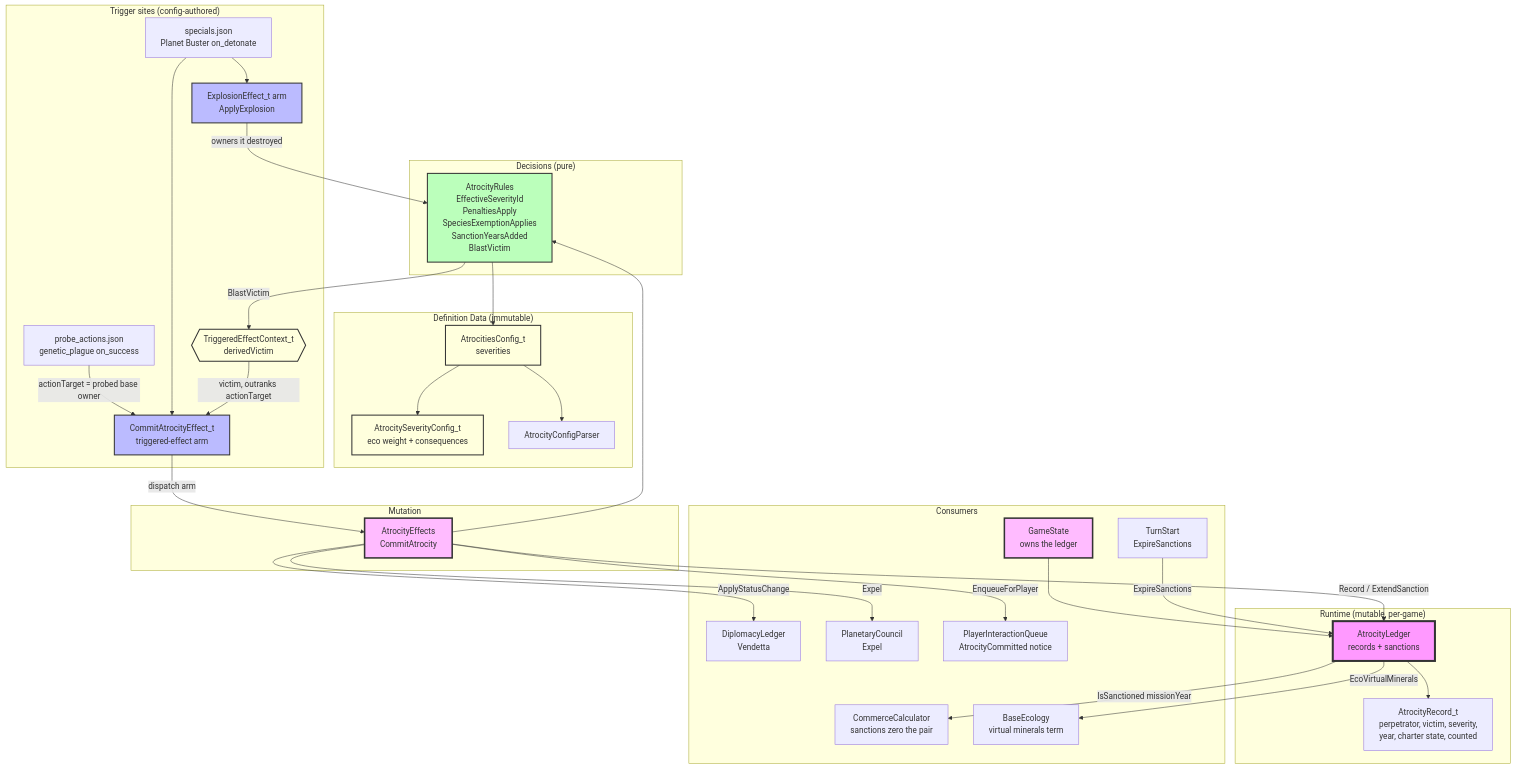
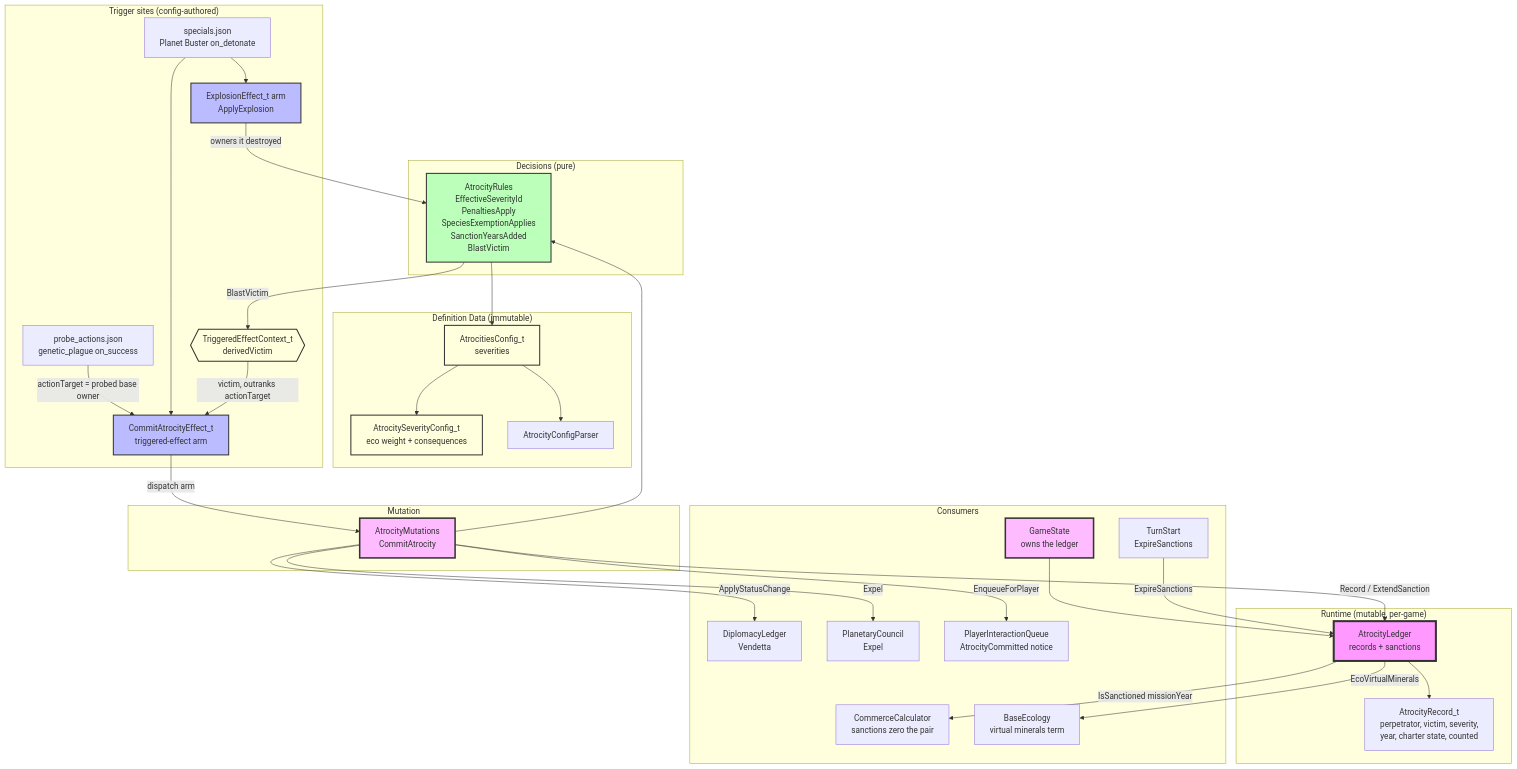
One commit to kilianloftis/alpha-centauri changed the diagram in docs/architecture/atrocity-system.md. Above: the diagram before and after it, drawn with Mermaid. The commit also changed other lines of this file and 123 other files, not shown here.

````diff
--- a/docs/architecture/atrocity-system.md
+++ b/docs/architecture/atrocity-system.md
@@ -3,74 +3,74 @@
 ```mermaid
 graph TB
     subgraph "Runtime (mutable, per-game)"
         AtrocityLedger[AtrocityLedger<br/>records + sanctions]
         AtrocityRecord[AtrocityRecord_t<br/>perpetrator, victim, severity,<br/>year, charter state, counted]
     end
 
     subgraph "Decisions (pure)"
         AtrocityRules[AtrocityRules<br/>EffectiveSeverityId<br/>PenaltiesApply<br/>SpeciesExemptionApplies<br/>SanctionYearsAdded<br/>BlastVictim]
     end
 
     subgraph "Mutation"
-        AtrocityEffects[AtrocityEffects<br/>CommitAtrocity]
+        AtrocityMutations[AtrocityMutations<br/>CommitAtrocity]
     end
 
     subgraph "Definition Data (immutable)"
         AtrocitiesConfig[AtrocitiesConfig_t<br/>severities]
         SeverityConfig[AtrocitySeverityConfig_t<br/>eco weight + consequences]
         AtrocityParser[AtrocityConfigParser]
     end
 
     subgraph "Trigger sites (config-authored)"
         CommitArm[CommitAtrocityEffect_t<br/>triggered-effect arm]
         ProbeActions[probe_actions.json<br/>genetic_plague on_success]
         Warheads[specials.json<br/>Planet Buster on_detonate]
         ExplosionArm[ExplosionEffect_t arm<br/>ApplyExplosion]
         DerivedVictim{{"TriggeredEffectContext_t<br/>derivedVictim"}}
     end
 
     subgraph "Consumers"
         GameState[GameState<br/>owns the ledger]
         DiplomacyLedger[DiplomacyLedger<br/>Vendetta]
         PlanetaryCouncil[PlanetaryCouncil<br/>Expel]
         CommerceCalculator[CommerceCalculator<br/>sanctions zero the pair]
         EcoDamage[BaseEcology<br/>virtual minerals term]
         TurnStart[TurnStart<br/>ExpireSanctions]
         Notices[PlayerInteractionQueue<br/>AtrocityCommitted notice]
     end
 
     GameState --> AtrocityLedger
     AtrocityLedger --> AtrocityRecord
 
     ProbeActions -->|actionTarget = probed base owner| CommitArm
     Warheads --> ExplosionArm
     Warheads --> CommitArm
     ExplosionArm -->|owners it destroyed| AtrocityRules
     AtrocityRules -->|BlastVictim| DerivedVictim
     DerivedVictim -->|victim, outranks actionTarget| CommitArm
-    CommitArm -->|dispatch arm| AtrocityEffects
+    CommitArm -->|dispatch arm| AtrocityMutations
 
-    AtrocityEffects --> AtrocityRules
-    AtrocityEffects -->|Record / ExtendSanction| AtrocityLedger
-    AtrocityEffects -->|ApplyStatusChange| DiplomacyLedger
-    AtrocityEffects -->|Expel| PlanetaryCouncil
-    AtrocityEffects -->|EnqueueForPlayer| Notices
+    AtrocityMutations --> AtrocityRules
+    AtrocityMutations -->|Record / ExtendSanction| AtrocityLedger
+    AtrocityMutations -->|ApplyStatusChange| DiplomacyLedger
+    AtrocityMutations -->|Expel| PlanetaryCouncil
+    AtrocityMutations -->|EnqueueForPlayer| Notices
 
     AtrocityRules --> AtrocitiesConfig
     AtrocitiesConfig --> SeverityConfig
     AtrocitiesConfig --> AtrocityParser
 
     AtrocityLedger -->|IsSanctioned missionYear| CommerceCalculator
     AtrocityLedger -->|EcoVirtualMinerals| EcoDamage
     TurnStart -->|ExpireSanctions| AtrocityLedger
 
     style AtrocityLedger fill:#f9f,stroke:#333,stroke-width:4px
-    style AtrocityEffects fill:#fbf,stroke:#333,stroke-width:3px
+    style AtrocityMutations fill:#fbf,stroke:#333,stroke-width:3px
     style AtrocityRules fill:#bfb,stroke:#333,stroke-width:2px
     style AtrocitiesConfig fill:#ffd,stroke:#333,stroke-width:2px
     style SeverityConfig fill:#ffd,stroke:#333,stroke-width:2px
     style CommitArm fill:#bbf,stroke:#333,stroke-width:2px
     style ExplosionArm fill:#bbf,stroke:#333,stroke-width:2px
     style DerivedVictim fill:#ffd,stroke:#333,stroke-width:2px
     style GameState fill:#fbf,stroke:#333,stroke-width:3px
 ```
````
